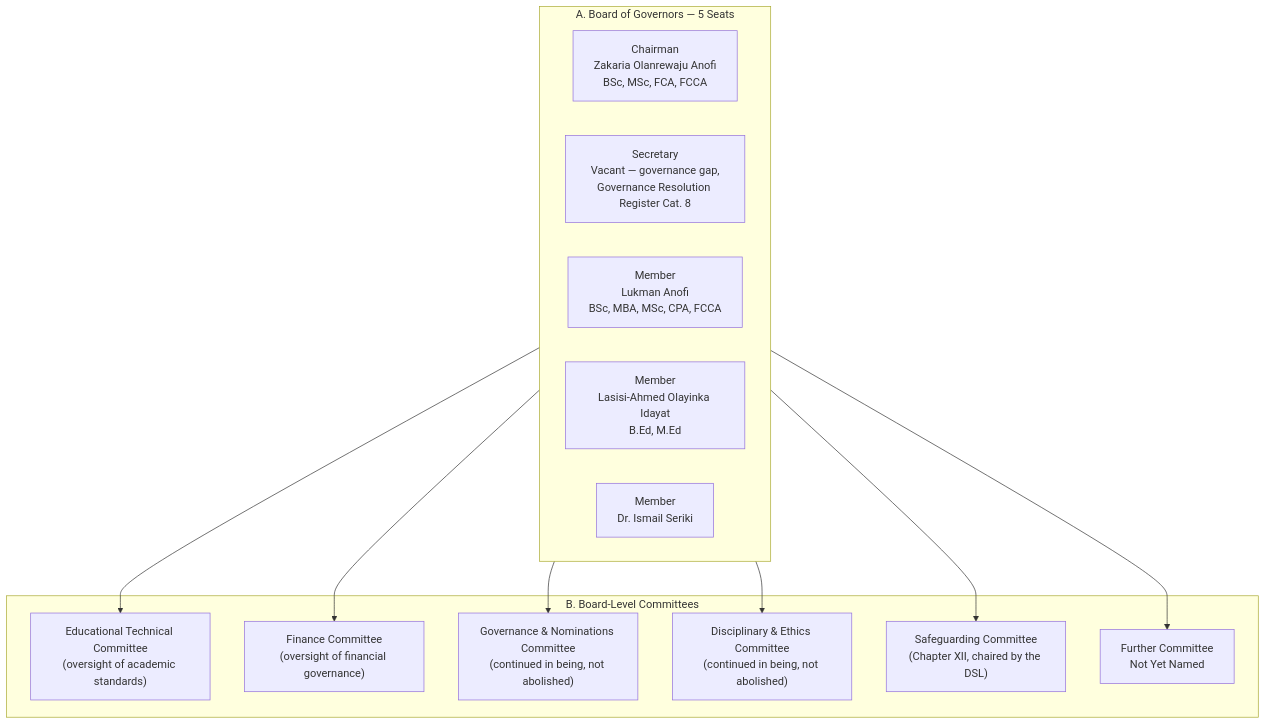
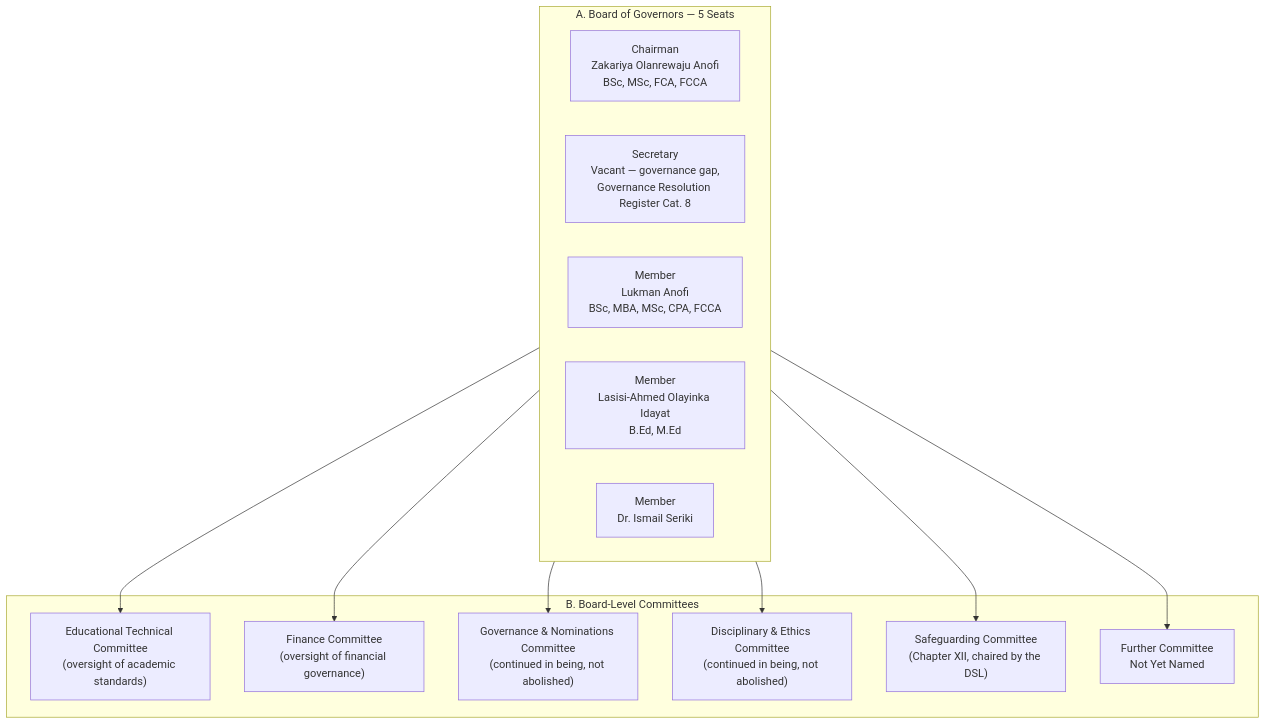
One commit to ahmadsulaimiy1/Sultan- changed the second of 4 diagrams in docs/organisational-structure-manual.md. Above: the diagram before and after it, drawn with Mermaid. The commit also changed other lines of this file and 50 other files, not shown here.

````diff
--- a/docs/organisational-structure-manual.md
+++ b/docs/organisational-structure-manual.md
@@ -133,26 +133,26 @@
 ```mermaid
 flowchart TD
   subgraph A["A. Board of Governors — 5 Seats"]
-    Chair["Chairman<br/>Zakaria Olanrewaju Anofi<br/>BSc, MSc, FCA, FCCA"]
+    Chair["Chairman<br/>Zakariya Olanrewaju Anofi<br/>BSc, MSc, FCA, FCCA"]
     Sec["Secretary<br/>Vacant — governance gap,<br/>Governance Resolution Register Cat. 8"]
     Mem1["Member<br/>Lukman Anofi<br/>BSc, MBA, MSc, CPA, FCCA"]
     Mem2["Member<br/>Lasisi-Ahmed Olayinka Idayat<br/>B.Ed, M.Ed"]
     Mem3["Member<br/>Dr. Ismail Seriki"]
   end
 
   subgraph B["B. Board-Level Committees"]
     ETC["Educational Technical Committee<br/>(oversight of academic standards)"]
     FC["Finance Committee<br/>(oversight of financial governance)"]
     GN["Governance & Nominations Committee<br/>(continued in being, not abolished)"]
     DE["Disciplinary & Ethics Committee<br/>(continued in being, not abolished)"]
     SG["Safeguarding Committee<br/>(Chapter XII, chaired by the DSL)"]
     TBD["Further Committee<br/>Not Yet Named"]
   end
 
   A --> ETC
   A --> FC
   A --> GN
   A --> DE
   A --> SG
   A --> TBD
 ```
````
